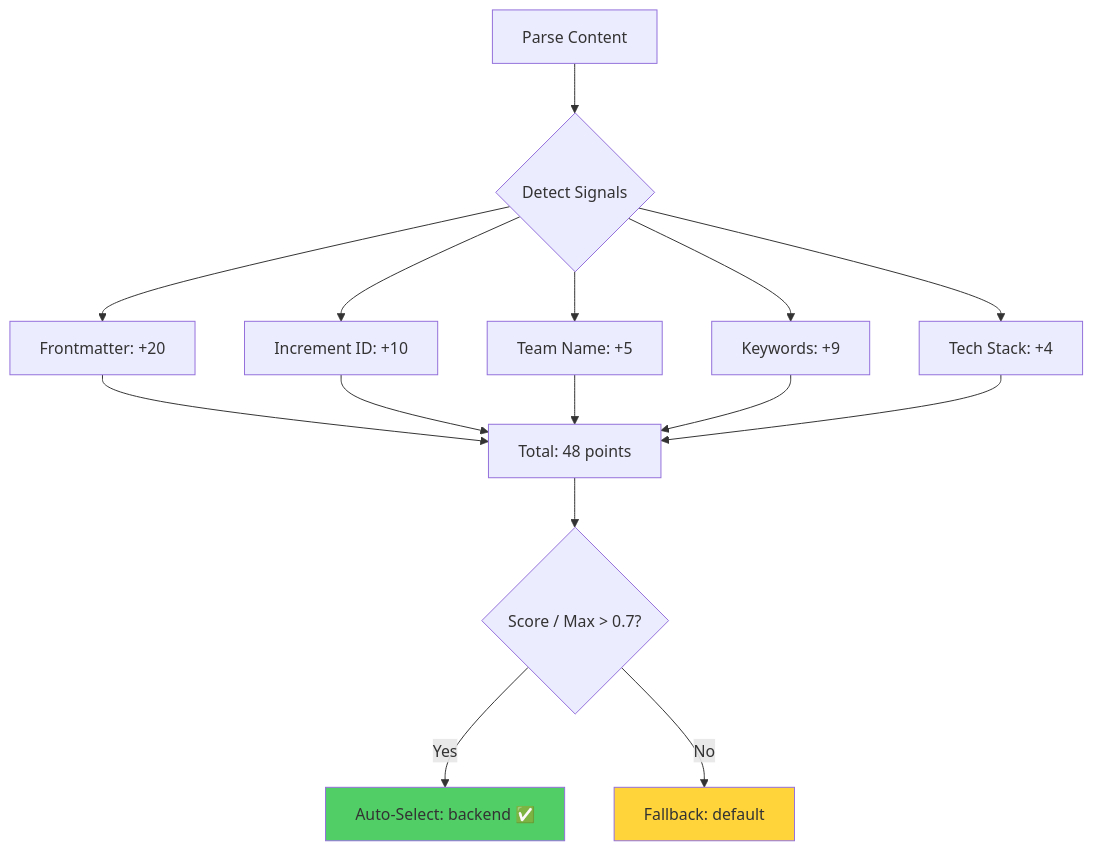
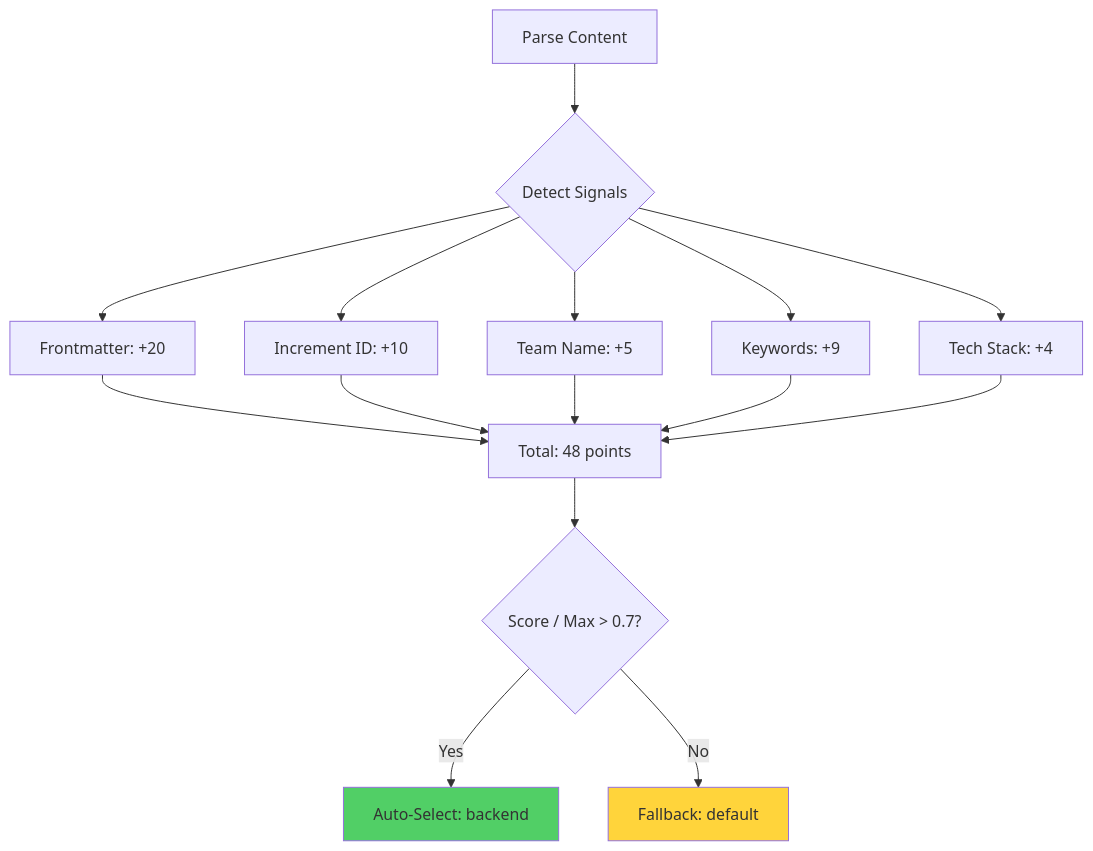
The second of 3 diagrams in docs-site/docs/glossary/terms/project-detection.md (anton-abyzov/specweave), drawn with Mermaid before and after one commit. The commit also changed 23 other files, not shown here.

Commit message:
fix: repair 24 broken Mermaid diagrams — quote special chars, fix state/sequence syntax

````diff
--- a/docs-site/docs/glossary/terms/project-detection.md
+++ b/docs-site/docs/glossary/terms/project-detection.md
@@ -38,23 +38,23 @@
 ```mermaid
 graph TB
     A[Parse Content] --> B{Detect Signals}
 
-    B --> C1[Frontmatter: +20]
-    B --> C2[Increment ID: +10]
-    B --> C3[Team Name: +5]
-    B --> C4[Keywords: +9]
-    B --> C5[Tech Stack: +4]
+    B --> C1["Frontmatter: +20"]
+    B --> C2["Increment ID: +10"]
+    B --> C3["Team Name: +5"]
+    B --> C4["Keywords: +9"]
+    B --> C5["Tech Stack: +4"]
 
-    C1 --> D[Total: 48 points]
+    C1 --> D["Total: 48 points"]
     C2 --> D
     C3 --> D
     C4 --> D
     C5 --> D
 
-    D --> E{Score / Max > 0.7?}
-    E -->|Yes| F[Auto-Select: backend ✅]
-    E -->|No| G[Fallback: default]
+    D --> E{"Score / Max > 0.7?"}
+    E -->|Yes| F["Auto-Select: backend"]
+    E -->|No| G["Fallback: default"]
 
     style F fill:#51cf66
     style G fill:#ffd43b
 ```
````
